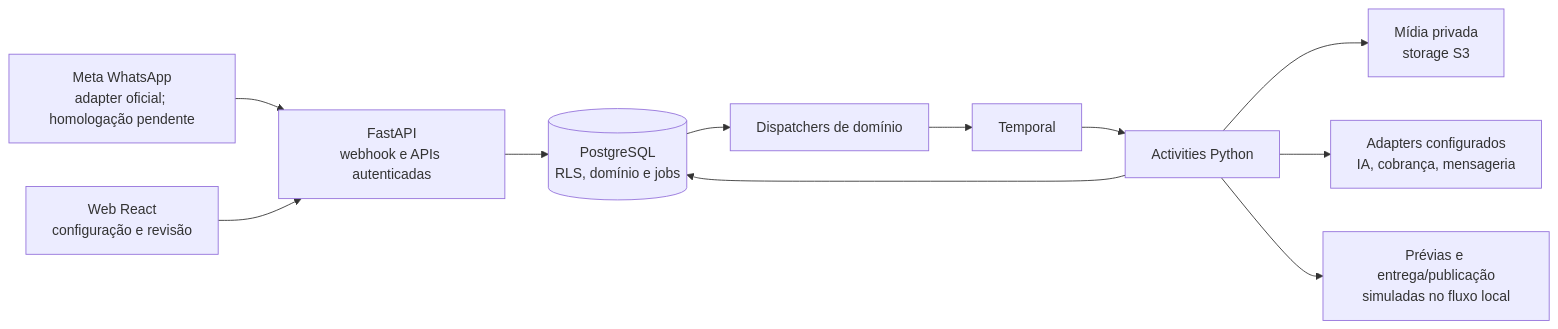
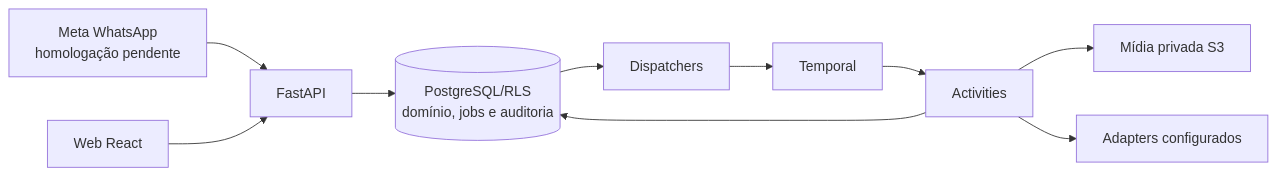
The diagram in docs/SDD.md (Local-Spark/local-spark-platform), drawn with Mermaid before and after one commit. The commit also changed other lines of this file and 106 other files, not shown here.

````diff
--- a/docs/SDD.md
+++ b/docs/SDD.md
@@ -75,13 +51,12 @@
 ```mermaid
 flowchart LR
-  META["Meta WhatsApp<br/>adapter oficial; homologação pendente"] --> API["FastAPI<br/>webhook e APIs autenticadas"]
-  WEB["Web React<br/>configuração e revisão"] --> API
-  API --> DB[("PostgreSQL<br/>RLS, domínio e jobs")]
-  DB --> DISP["Dispatchers de domínio"]
+  META["Meta WhatsApp<br/>homologação pendente"] --> API["FastAPI"]
+  WEB["Web React"] --> API
+  API --> DB[("PostgreSQL/RLS<br/>domínio, jobs e auditoria")]
+  DB --> DISP["Dispatchers"]
   DISP --> TEMP["Temporal"]
-  TEMP --> ACT["Activities Python"]
+  TEMP --> ACT["Activities"]
   ACT --> DB
-  ACT --> OBJ["Mídia privada<br/>storage S3"]
-  ACT --> EXT["Adapters configurados<br/>IA, cobrança, mensageria"]
-  ACT --> LOCAL["Prévias e entrega/publicação<br/>simuladas no fluxo local"]
+  ACT --> OBJ["Mídia privada S3"]
+  ACT --> EXT["Adapters configurados"]
 ```
````
